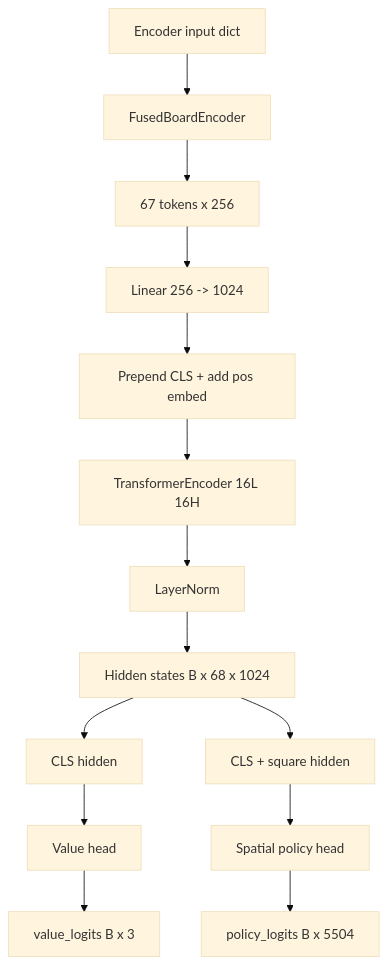
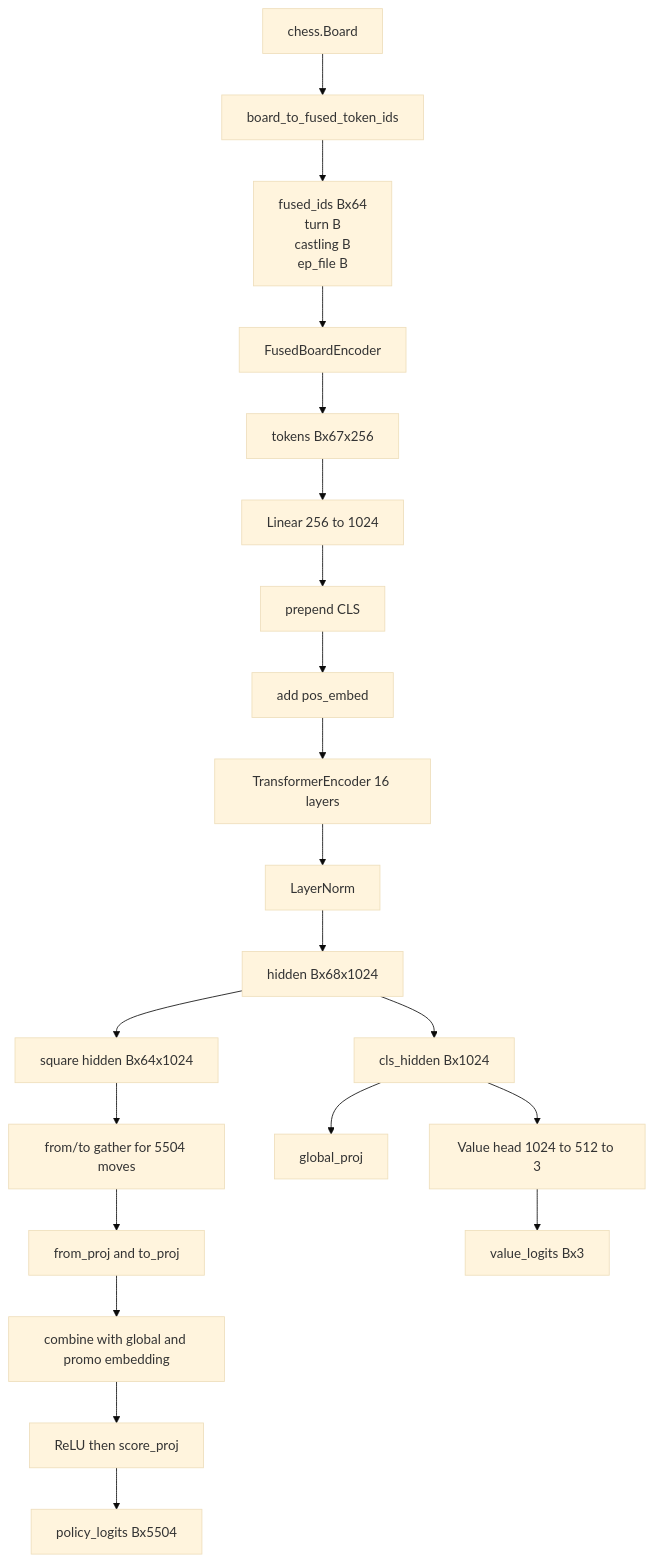
The diagram in MODEL_ARCHITECTURE_EXP083.md (avewright/transform), drawn with Mermaid (base theme) before and after one commit. The commit also changed other lines of this file and 6 other files, not shown here.

````diff
--- a/MODEL_ARCHITECTURE_EXP083.md
+++ b/MODEL_ARCHITECTURE_EXP083.md
@@ -89,16 +704,23 @@
 ```mermaid
 flowchart TD
-    A[Encoder input dict] --> B[FusedBoardEncoder]
-    B --> C[67 tokens x 256]
-    C --> D[Linear 256 -> 1024]
-    D --> E[Prepend CLS + add pos embed]
-    E --> F[TransformerEncoder 16L 16H]
-    F --> G[LayerNorm]
-    G --> H[Hidden states B x 68 x 1024]
-    H --> I[CLS hidden]
-    H --> J[CLS + square hidden]
-    I --> K[Value head]
-    J --> L[Spatial policy head]
-    K --> M[value_logits B x 3]
-    L --> N[policy_logits B x 5504]
+    A[chess.Board] --> B[board_to_fused_token_ids]
+    B --> C[fused_ids Bx64<br/>turn B<br/>castling B<br/>ep_file B]
+    C --> D[FusedBoardEncoder]
+    D --> E[tokens Bx67x256]
+    E --> F[Linear 256 to 1024]
+    F --> G[prepend CLS]
+    G --> H[add pos_embed]
+    H --> I[TransformerEncoder 16 layers]
+    I --> J[LayerNorm]
+    J --> K[hidden Bx68x1024]
+    K --> L[cls_hidden Bx1024]
+    K --> M[square hidden Bx64x1024]
+    L --> N[Value head 1024 to 512 to 3]
+    L --> O[global_proj]
+    M --> P[from/to gather for 5504 moves]
+    P --> Q[from_proj and to_proj]
+    Q --> R[combine with global and promo embedding]
+    R --> S[ReLU then score_proj]
+    N --> T[value_logits Bx3]
+    S --> U[policy_logits Bx5504]
 ```
````
